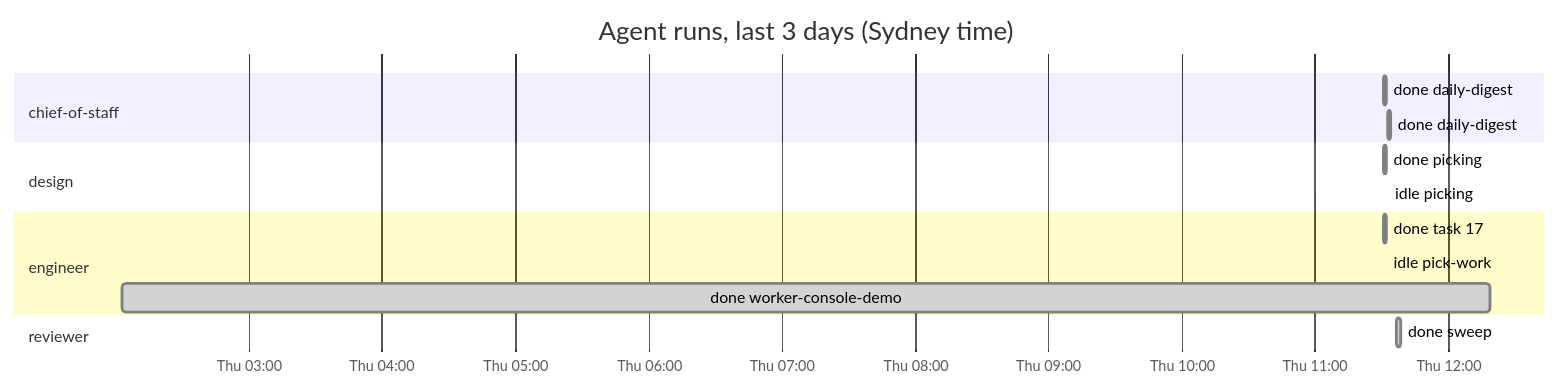
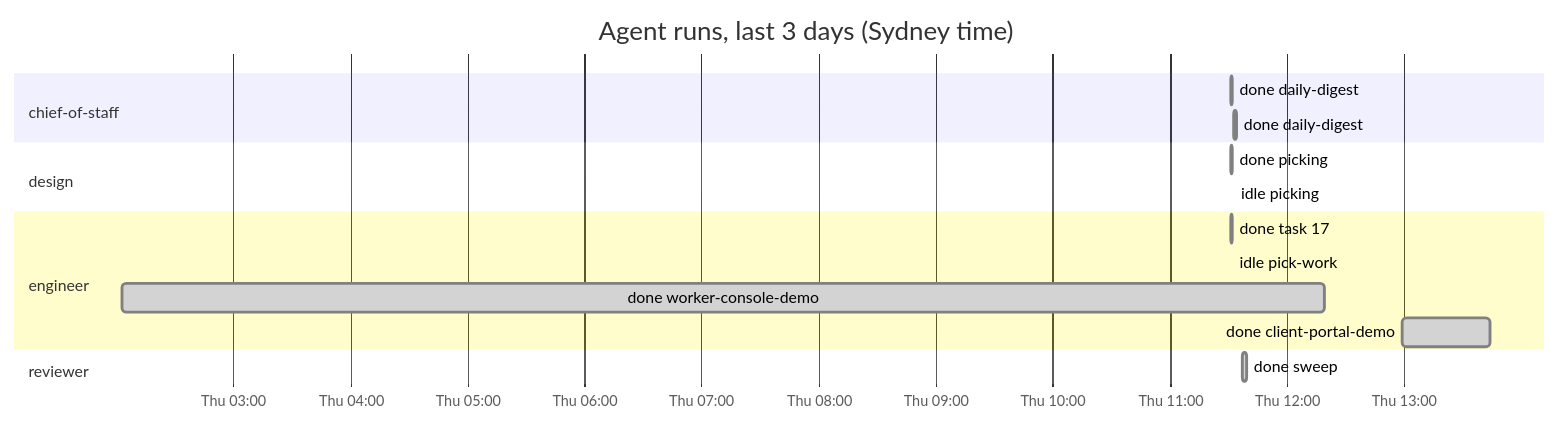
One commit to roulmediateam-byte/fifteen-expert-hq changed the diagram in dashboard.md. Above: the diagram before and after it, drawn with Mermaid. The commit also changed other lines of this file and 1 other file, not shown here.

````diff
--- a/dashboard.md
+++ b/dashboard.md
@@ -33,18 +33,19 @@
 ```mermaid
 gantt
     title Agent runs, last 3 days (Sydney time)
     dateFormat YYYY-MM-DD HH:mm
     axisFormat %a %H:%M
     section chief-of-staff
     done daily-digest :done, 2026-11-05 11:31, 2026-11-05 11:32
     done daily-digest :done, 2026-11-05 11:33, 2026-11-05 11:34
     section design
     done picking :done, 2026-11-05 11:31, 2026-11-05 11:32
     idle picking :done, 2026-11-05 11:33, 2026-11-05 11:33
     section engineer
     done task 17 :done, 2026-11-05 11:31, 2026-11-05 11:32
     idle pick-work :done, 2026-11-05 11:32, 2026-11-05 11:32
     done worker-console-demo :done, 2026-11-05 02:03, 2026-11-05 12:19
+    done client-portal-demo :done, 2026-11-05 12:59, 2026-11-05 13:44
     section reviewer
     done sweep :done, 2026-11-05 11:37, 2026-11-05 11:39
 ```
````
